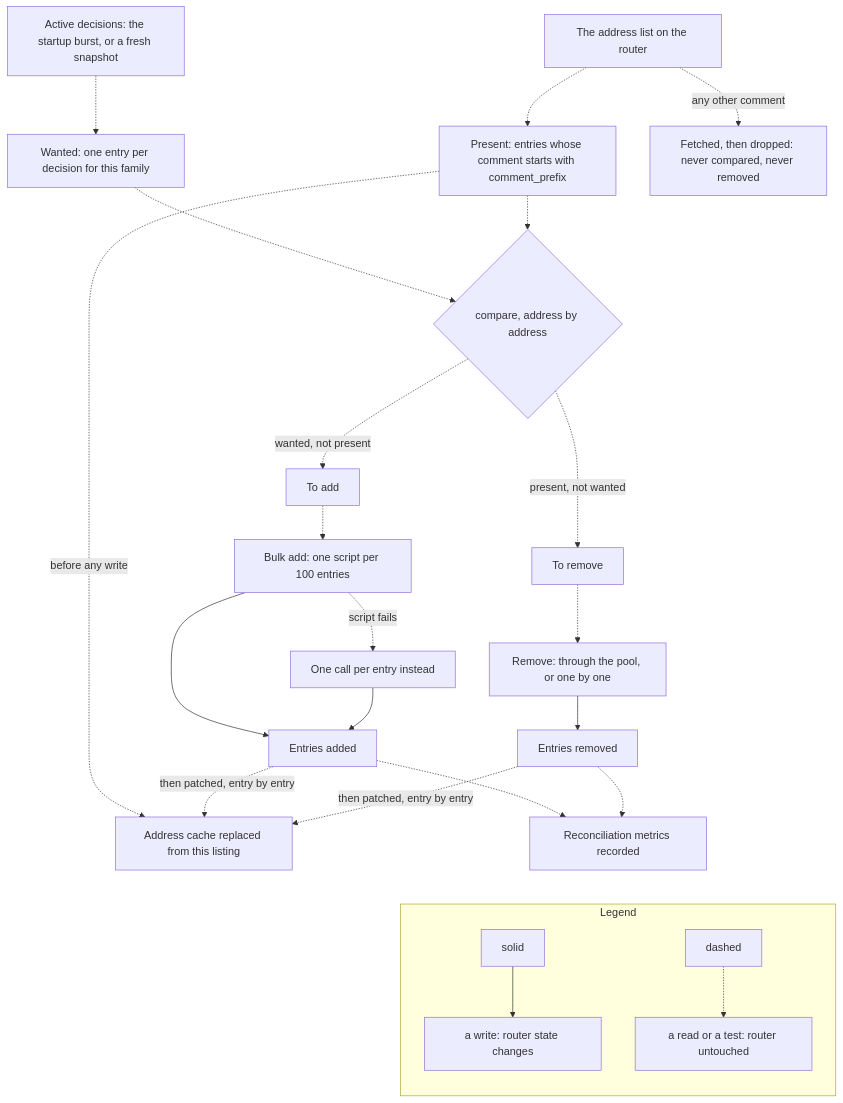
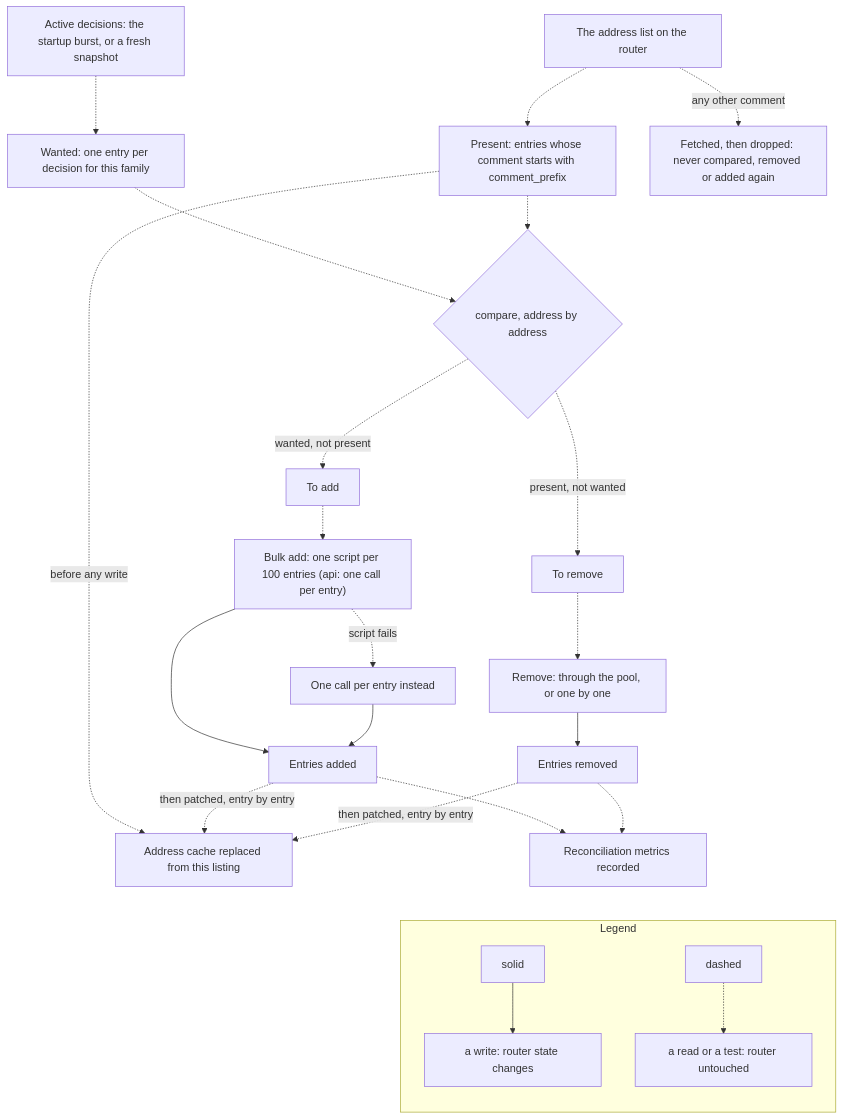
The diagram in docs/src/content/docs/architecture/reconciliation.mdx (jmrplens/cs-routeros-bouncer), drawn with Mermaid before and after one commit. The commit also changed other lines of this file and 26 other files, not shown here.

````diff
--- a/docs/src/content/docs/architecture/reconciliation.mdx
+++ b/docs/src/content/docs/architecture/reconciliation.mdx
@@ -49,30 +49,30 @@
 ```mermaid
 flowchart TB
     accTitle: The reconciliation diff: snapshot in, router state in, adds and removes out
-    accDescr: A snapshot of active decisions becomes the wanted set, one entry per decision for this protocol family, keyed by normalised address. The address list on the router becomes the present set, but only the entries whose comment starts with the configured comment prefix; entries with any other comment are fetched from the router and then dropped client-side, so they are never compared and never removed — but they do cost transfer on every pass. Comparing the two sets address by address yields the entries to add and the entries to remove. The in-memory address cache is replaced from that same listing before any write goes out. Additions then go through a bulk RouterOS script of up to a hundred entries, dropping to one API call per entry when a script fails; removals go through the connection pool when it opened, and one by one on the main connection otherwise. Each add and each remove patches the cache again with what it attempted, and the reconciliation metrics are recorded once both have run.
+    accDescr: A snapshot of active decisions becomes the wanted set, one entry per decision for this protocol family, keyed by normalised address. The address list on the router becomes the present set, but only the entries whose comment starts with the configured comment prefix; entries with any other comment are fetched from the router and then dropped client-side, so they are never compared, never removed and their addresses never added again — but they do cost transfer on every pass. Comparing the two sets address by address yields the entries to add and the entries to remove. The in-memory address cache is replaced from that same listing before any write goes out. Additions then go through a bulk RouterOS script of up to a hundred entries, dropping to one API call per entry when a script fails, or with bulk_add_method api through one API call per entry over the pool; removals go through the connection pool when it opened, and one by one on the main connection otherwise. Each add patches the cache again with the entries not reported failed and each remove with what it attempted, and the reconciliation metrics are recorded once both have run.
     SNAP["Active decisions: the startup burst, or a fresh snapshot"] -.-> WANT["Wanted: one entry per decision for this family"]
     LIST["The address list on the router"] -.-> HAVE["Present: entries whose comment starts with comment_prefix"]
-    LIST -. "any other comment" .-> FOREIGN["Fetched, then dropped: never compared, never removed"]
+    LIST -. "any other comment" .-> FOREIGN["Fetched, then dropped: never compared, removed or added again"]
     HAVE -. "before any write" .-> CACHE["Address cache replaced from this listing"]
     WANT -.-> DIFF{"compare, address by address"}
     HAVE -.-> DIFF
     DIFF -. "wanted, not present" .-> TOADD["To add"]
     DIFF -. "present, not wanted" .-> TOREM["To remove"]
-    TOADD -.-> BULK["Bulk add: one script per 100 entries"]
+    TOADD -.-> BULK["Bulk add: one script per 100 entries (api: one call per entry)"]
     BULK -. "script fails" .-> ONEBY["One call per entry instead"]
     TOREM -.-> DELE["Remove: through the pool, or one by one"]
     BULK --> ADDED["Entries added"]
     ONEBY --> ADDED
     DELE --> REMOVED["Entries removed"]
     ADDED -. "then patched, entry by entry" .-> CACHE
     REMOVED -. "then patched, entry by entry" .-> CACHE
     ADDED -.-> MET["Reconciliation metrics recorded"]
     REMOVED -.-> MET
 
     MET ~~~ LEG
     subgraph LEG["Legend"]
         direction TB
         LA["solid"] --> LB["a write: router state changes"]
         LC["dashed"] -.-> LD["a read or a test: router untouched"]
     end
 ```
````
